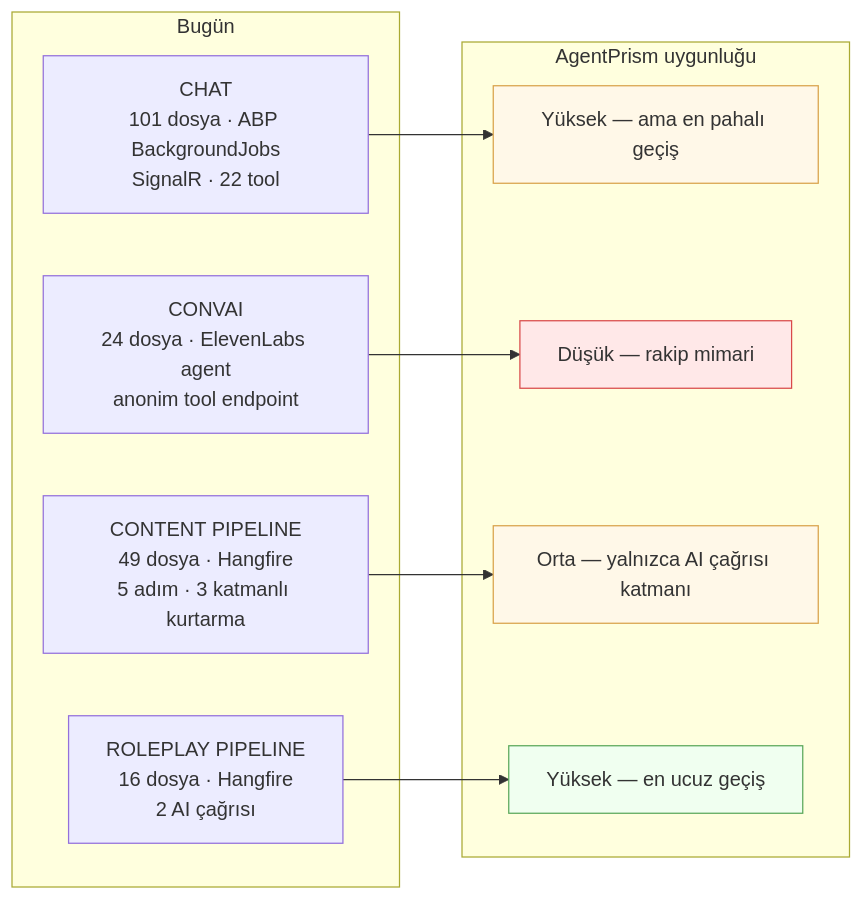
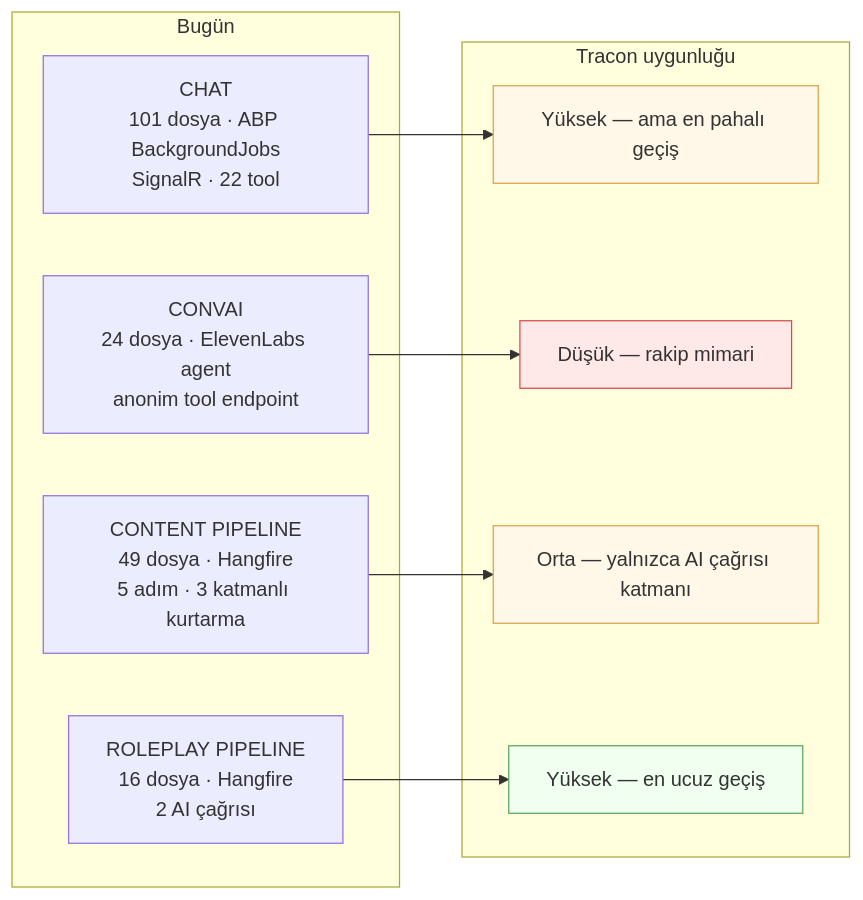
Before and after one commit to farukatasoy/Tracon: the second of 6 diagrams in docs/arsiv/kesif/2026-08-21-uygulanabilirlik-raporu.md, drawn with Mermaid. The commit also changed other lines of this file and 4535 other files, not shown here.

````diff
--- a/docs/arsiv/kesif/2026-08-21-uygulanabilirlik-raporu.md
+++ b/docs/arsiv/kesif/2026-08-21-uygulanabilirlik-raporu.md
@@ -143,26 +143,26 @@
 ```mermaid
 graph LR
     subgraph now["Bugün"]
         C1["CHAT<br/>101 dosya · ABP BackgroundJobs<br/>SignalR · 22 tool"]
         C2["CONVAI<br/>24 dosya · ElevenLabs agent<br/>anonim tool endpoint"]
         C3["CONTENT PIPELINE<br/>49 dosya · Hangfire<br/>5 adım · 3 katmanlı kurtarma"]
         C4["ROLEPLAY PIPELINE<br/>16 dosya · Hangfire<br/>2 AI çağrısı"]
     end
 
-    subgraph fit["AgentPrism uygunluğu"]
+    subgraph fit["Tracon uygunluğu"]
         F1["Yüksek — ama en pahalı geçiş"]
         F2["Düşük — rakip mimari"]
         F3["Orta — yalnızca AI çağrısı katmanı"]
         F4["Yüksek — en ucuz geçiş"]
     end
 
     C1 --> F1
     C2 --> F2
     C3 --> F3
     C4 --> F4
 
     style F1 fill:#fff8e8,stroke:#d9a24a
     style F2 fill:#ffe8e8,stroke:#d94a4a
     style F3 fill:#fff8e8,stroke:#d9a24a
     style F4 fill:#f0fff0,stroke:#5aa85a
 ```
````
